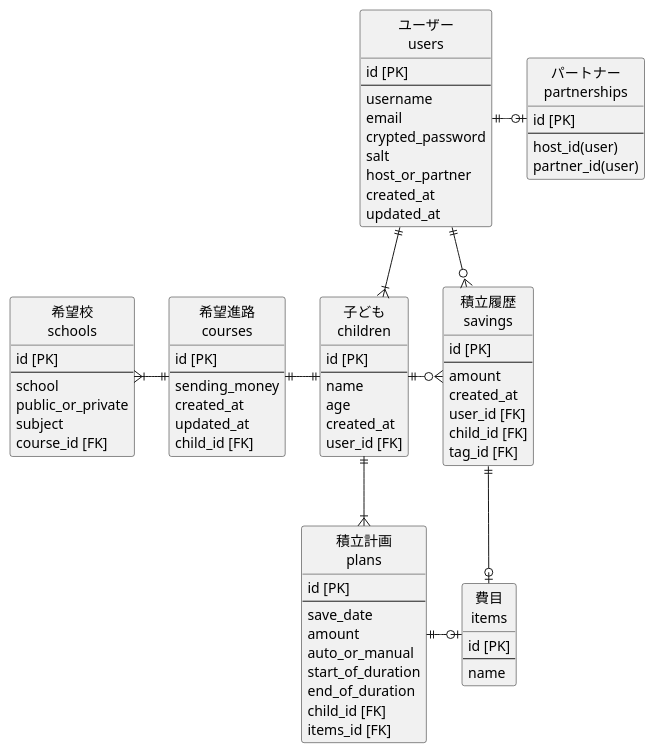
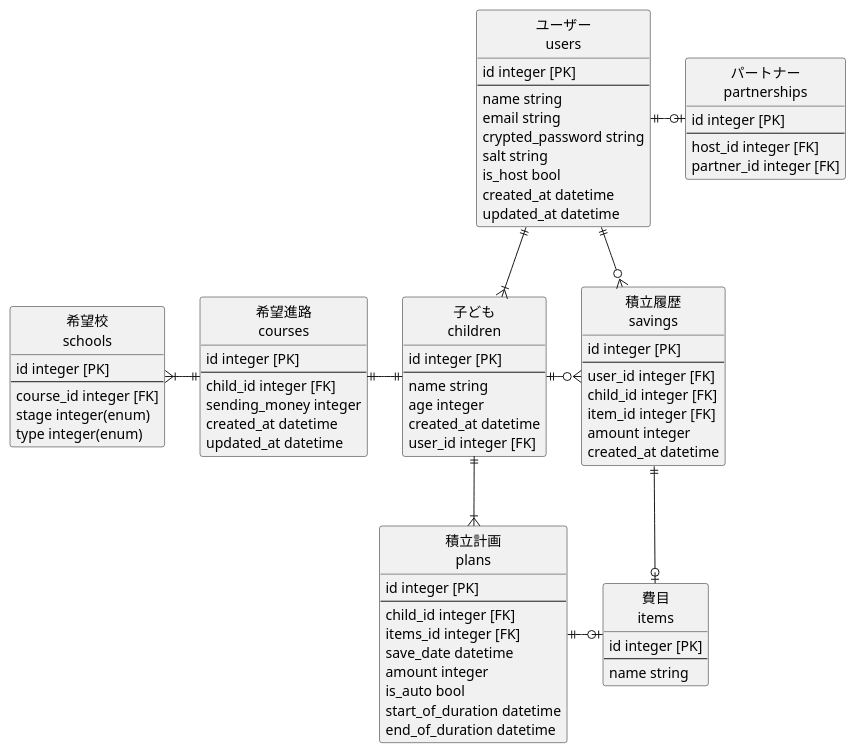
Before and after one commit to tomomih217/kokeibo: the diagram in er_diagram.pu, drawn with PlantUML.

Commit message:
Improve: レビューの指摘に従い、修正をしました。https://github.com/tomomih217/kokeibo/pull/8#issuecomment-1537279318

```diff
--- a/er_diagram.pu
+++ b/er_diagram.pu
@@ -1,91 +1,96 @@
 @startuml kokebo
 hide circle
 hide empty members
 
-'string = varchar(255)
-
+'ユーザー情報
 entity "ユーザー\nusers" as users {
-  id [PK]
+  id integer [PK]
   --
-  username
-  email
-  crypted_password
-  salt
-  host_or_partner
-  created_at
-  updated_at
+  name string
+  email string
+  crypted_password string
+  salt string
+  is_host bool
+  created_at datetime
+  updated_at datetime
 }
 
+'会員(host:users)とパートナー(partner:users)の中間テーブル
 entity "パートナー\npartnerships" as partnerships {
-  id [PK]
+  id integer [PK]
   --
-  host_id(user)
-  partner_id(user)
+  host_id integer [FK]
+  partner_id integer [FK]
 }
 
+'子どもの情報
 entity "子ども\nchildren" as children {
-  id [PK]
+  id integer [PK]
   --
-  name
-  age
-  created_at
-  user_id [FK]
+  name string
+  age integer
+  created_at datetime
+  user_id integer [FK]
 }
 
+'教育費シュミレーション時に入力する基本情報を保存するテーブル
 entity "希望進路\ncourses" as courses {
-  id [PK]
+  id integer [PK]
   --
-  sending_money
-  created_at
-  updated_at
-  child_id [FK]
+  child_id integer [FK]
+  sending_money integer
+  created_at datetime
+  updated_at datetime
 }
 
+'教育費シュミレーション時に入力する学校の情報を保存するテーブル
 entity "希望校\nschools" as schools {
-  id [PK]
+  id integer [PK]
   --
-  school
-  public_or_private
-  subject
-  course_id [FK]
+  course_id integer [FK]
+  stage integer(enum)
+  type integer(enum)
 }
 
+'実際に積立したお金を保存するテーブル
 entity "積立履歴\nsavings" as savings{
-  id [PK]
+  id integer [PK]
   --
-  amount
-  created_at
-  user_id [FK]
-  child_id [FK]
-  tag_id [FK]
+  user_id integer [FK]
+  child_id integer [FK]
+  item_id integer [FK]
+  amount integer
+  created_at datetime
 }
 
+'費目の種類を保存するテーブル
 entity "費目\nitems" as items {
-  id [PK]
+  id integer [PK]
   --
-  name
+  name string
 }
 
+'積立計画を保存するテーブル
 entity "積立計画\nplans" as plans {
-  id [PK]
+  id integer [PK]
   --
-  save_date
-  amount
-  auto_or_manual
-  start_of_duration
-  end_of_duration
-  child_id [FK]
-  items_id [FK]
+  child_id integer [FK]
+  items_id integer [FK]
+  save_date datetime
+  amount integer
+  is_auto bool
+  start_of_duration datetime
+  end_of_duration datetime
 }
 
 users ||-r-o| partnerships
 users ||--|{ children
 users ||-r-o{ savings
 children ||-l-|| courses
 children ||-r-o{ savings
 children ||--|{ plans
 courses ||-l-|{ schools
 savings ||-r-o| items
 plans ||-r-o| items
 
 @enduml
```
